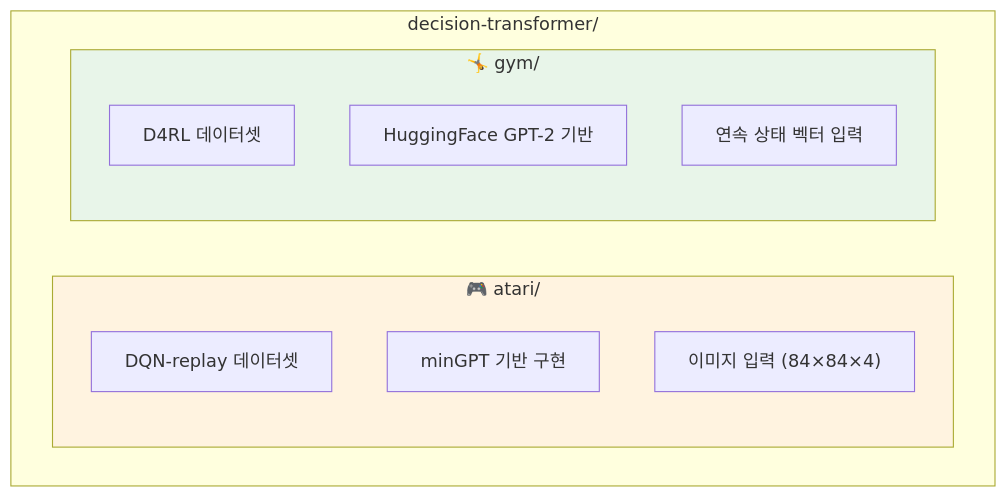
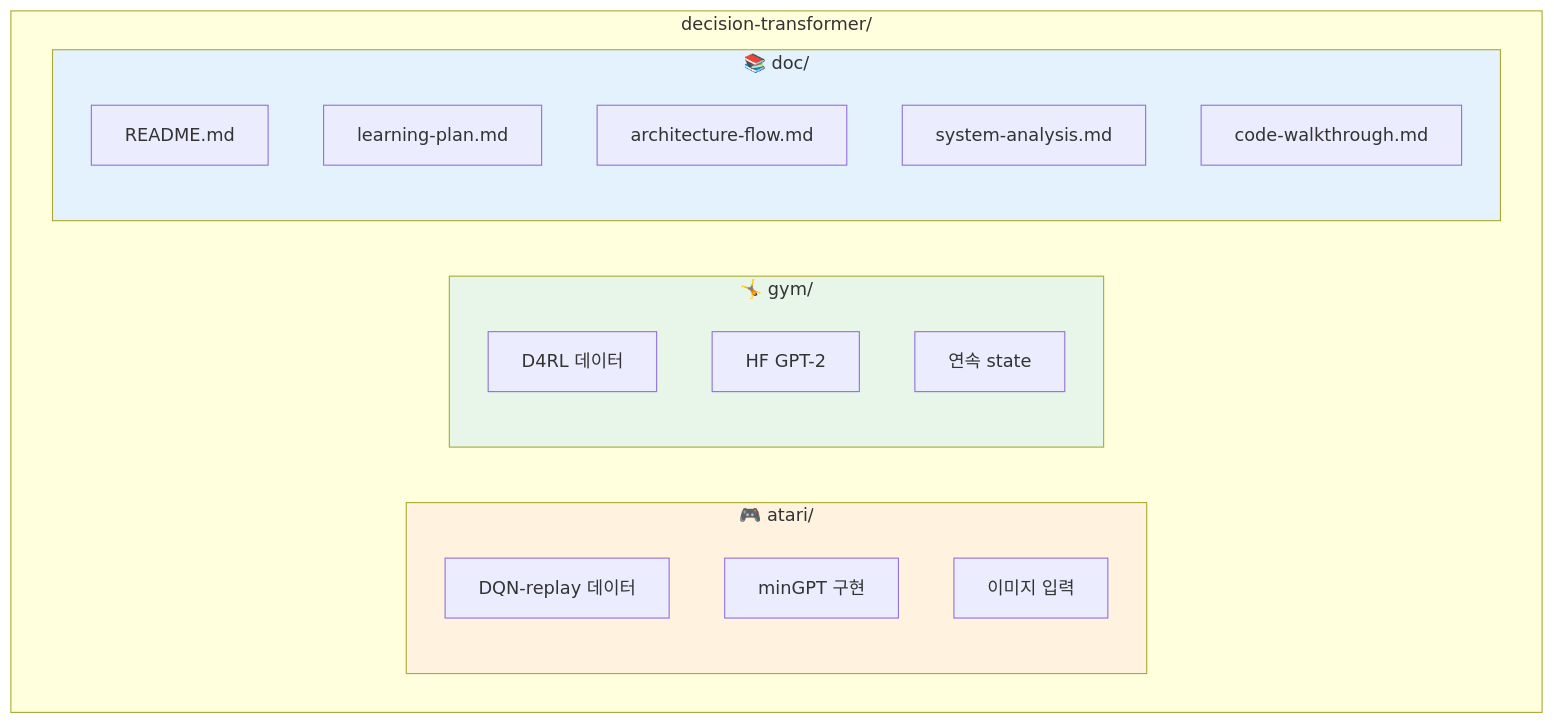
Before and after one commit to ggeutzzang/decision-transformer: the third of 9 diagrams in CLAUDE.md, drawn with Mermaid. The commit also changed other lines of this file and 3 other files, not shown here.

````diff
--- a/CLAUDE.md
+++ b/CLAUDE.md
@@ -34,21 +74,30 @@
 ```mermaid
 flowchart TB
     subgraph Root["decision-transformer/"]
         direction LR
 
         subgraph Atari["🎮 atari/"]
-            A1["DQN-replay 데이터셋"]
-            A2["minGPT 기반 구현"]
-            A3["이미지 입력 (84×84×4)"]
+            A1["DQN-replay 데이터"]
+            A2["minGPT 구현"]
+            A3["이미지 입력"]
         end
 
         subgraph Gym["🤸 gym/"]
-            G1["D4RL 데이터셋"]
-            G2["HuggingFace GPT-2 기반"]
-            G3["연속 상태 벡터 입력"]
+            G1["D4RL 데이터"]
+            G2["HF GPT-2"]
+            G3["연속 state"]
+        end
+
+        subgraph Doc["📚 doc/"]
+            D1["README.md"]
+            D2["learning-plan.md"]
+            D3["architecture-flow.md"]
+            D4["system-analysis.md"]
+            D5["code-walkthrough.md"]
         end
     end
 
     style Atari fill:#fff3e0
     style Gym fill:#e8f5e9
+    style Doc fill:#e3f2fd
 ```
````
